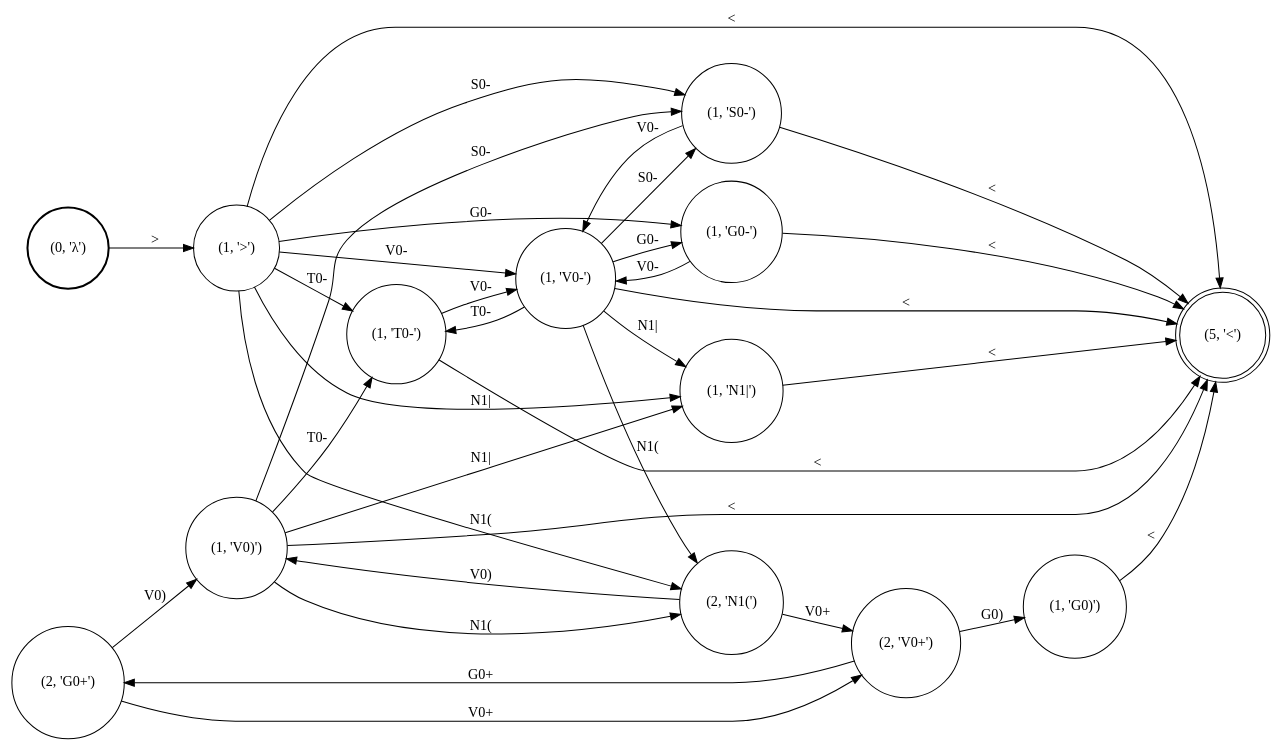
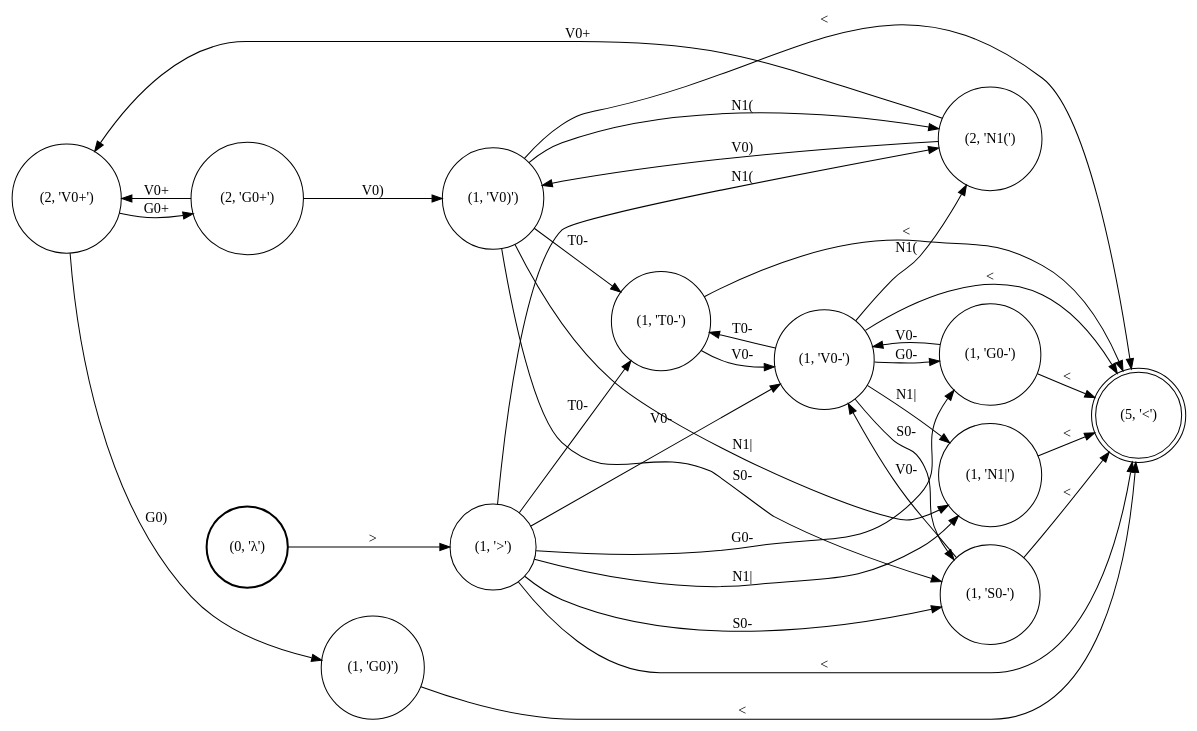
Before and after one commit to colincwilson/statgram: the diagram in demo/nasal_spreading/Lang_nasal.dot, drawn with Graphviz. The commit also changed 9 other files, not shown here.

```diff
--- a/demo/nasal_spreading/Lang_nasal.dot
+++ b/demo/nasal_spreading/Lang_nasal.dot
@@ -1,50 +1,50 @@
 digraph G {
 rankdir=LR;
 node [shape=circle]
-0 [label="(2, 'G0+')"]
+0 [label="(2, 'V0+')"]
 1 [label="(1, 'T0-')"]
 2 [label="(1, 'N1|')"]
-3 [label="(1, 'V0-')"]
-4 [label="(1, '>')"]
-5 [shape=doublecircle label="(5, '<')"]
-6 [label="(2, 'N1(')"]
-7 [label="(2, 'V0+')"]
-8 [label="(1, 'G0)')"]
-9 [style=bold label="(0, 'λ')"]
-10 [label="(1, 'G0-')"]
-11 [label="(1, 'V0)')"]
-12 [label="(1, 'S0-')"]
-11 -> 2 [label="N1|"]
-7 -> 0 [label="G0+"]
+3 [label="(1, 'V0)')"]
+4 [style=bold label="(0, 'λ')"]
+5 [label="(2, 'N1(')"]
+6 [label="(1, 'G0)')"]
+7 [label="(1, 'G0-')"]
+8 [label="(1, 'S0-')"]
+9 [label="(1, 'V0-')"]
+10 [label="(1, '>')"]
+11 [shape=doublecircle label="(5, '<')"]
+12 [label="(2, 'G0+')"]
+0 -> 6 [label="G0)"]
+3 -> 8 [label="S0-"]
+12 -> 3 [label="V0)"]
+3 -> 11 [label="<"]
+6 -> 11 [label="<"]
+10 -> 2 [label="N1|"]
+0 -> 12 [label="G0+"]
+9 -> 8 [label="S0-"]
+3 -> 5 [label="N1("]
+9 -> 5 [label="N1("]
+10 -> 11 [label="<"]
+10 -> 9 [label="V0-"]
+5 -> 0 [label="V0+"]
+10 -> 7 [label="G0-"]
+12 -> 0 [label="V0+"]
+9 -> 2 [label="N1|"]
+4 -> 10 [label=">"]
+7 -> 11 [label="<"]
+1 -> 11 [label="<"]
+2 -> 11 [label="<"]
+5 -> 3 [label="V0)"]
+9 -> 11 [label="<"]
+7 -> 9 [label="V0-"]
+3 -> 2 [label="N1|"]
+9 -> 1 [label="T0-"]
+10 -> 8 [label="S0-"]
+1 -> 9 [label="V0-"]
+8 -> 11 [label="<"]
+10 -> 1 [label="T0-"]
+9 -> 7 [label="G0-"]
+8 -> 9 [label="V0-"]
+10 -> 5 [label="N1("]
 3 -> 1 [label="T0-"]
-3 -> 2 [label="N1|"]
-9 -> 4 [label=">"]
-4 -> 2 [label="N1|"]
-11 -> 5 [label="<"]
-3 -> 10 [label="G0-"]
-11 -> 6 [label="N1("]
-6 -> 11 [label="V0)"]
-4 -> 1 [label="T0-"]
-0 -> 11 [label="V0)"]
-4 -> 10 [label="G0-"]
-11 -> 12 [label="S0-"]
-2 -> 5 [label="<"]
-4 -> 5 [label="<"]
-1 -> 5 [label="<"]
-12 -> 3 [label="V0-"]
-10 -> 3 [label="V0-"]
-3 -> 5 [label="<"]
-4 -> 6 [label="N1("]
-8 -> 5 [label="<"]
-3 -> 6 [label="N1("]
-12 -> 5 [label="<"]
-10 -> 5 [label="<"]
-3 -> 12 [label="S0-"]
-4 -> 12 [label="S0-"]
-6 -> 7 [label="V0+"]
-4 -> 3 [label="V0-"]
-1 -> 3 [label="V0-"]
-0 -> 7 [label="V0+"]
-7 -> 8 [label="G0)"]
-11 -> 1 [label="T0-"]
 }
```
